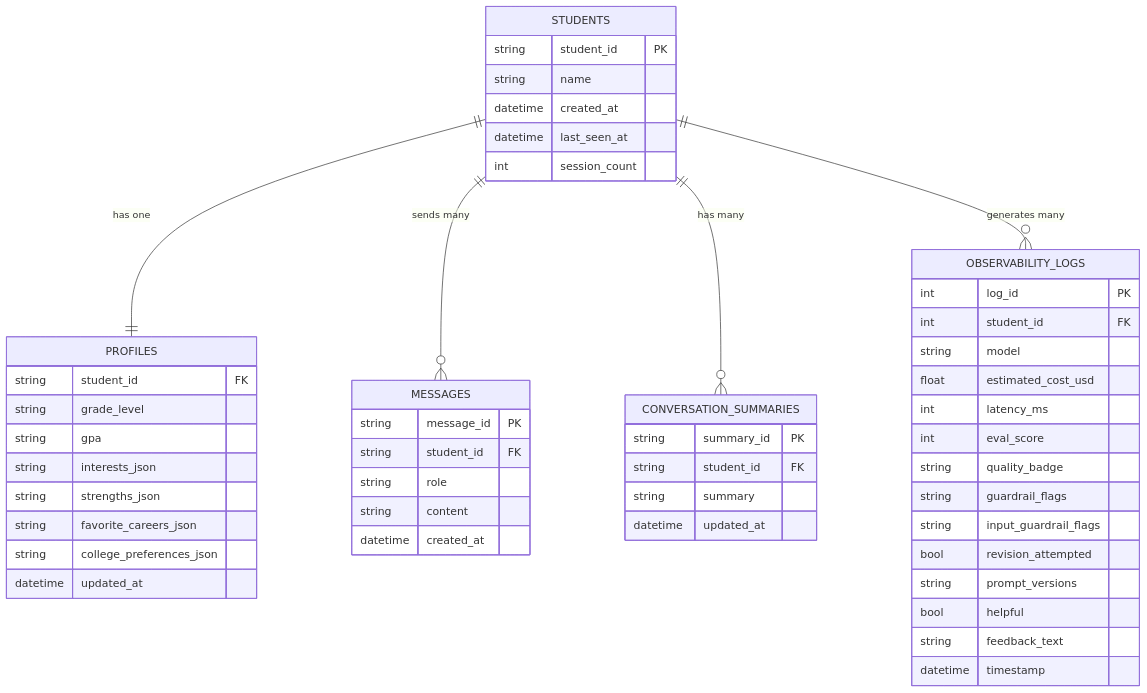
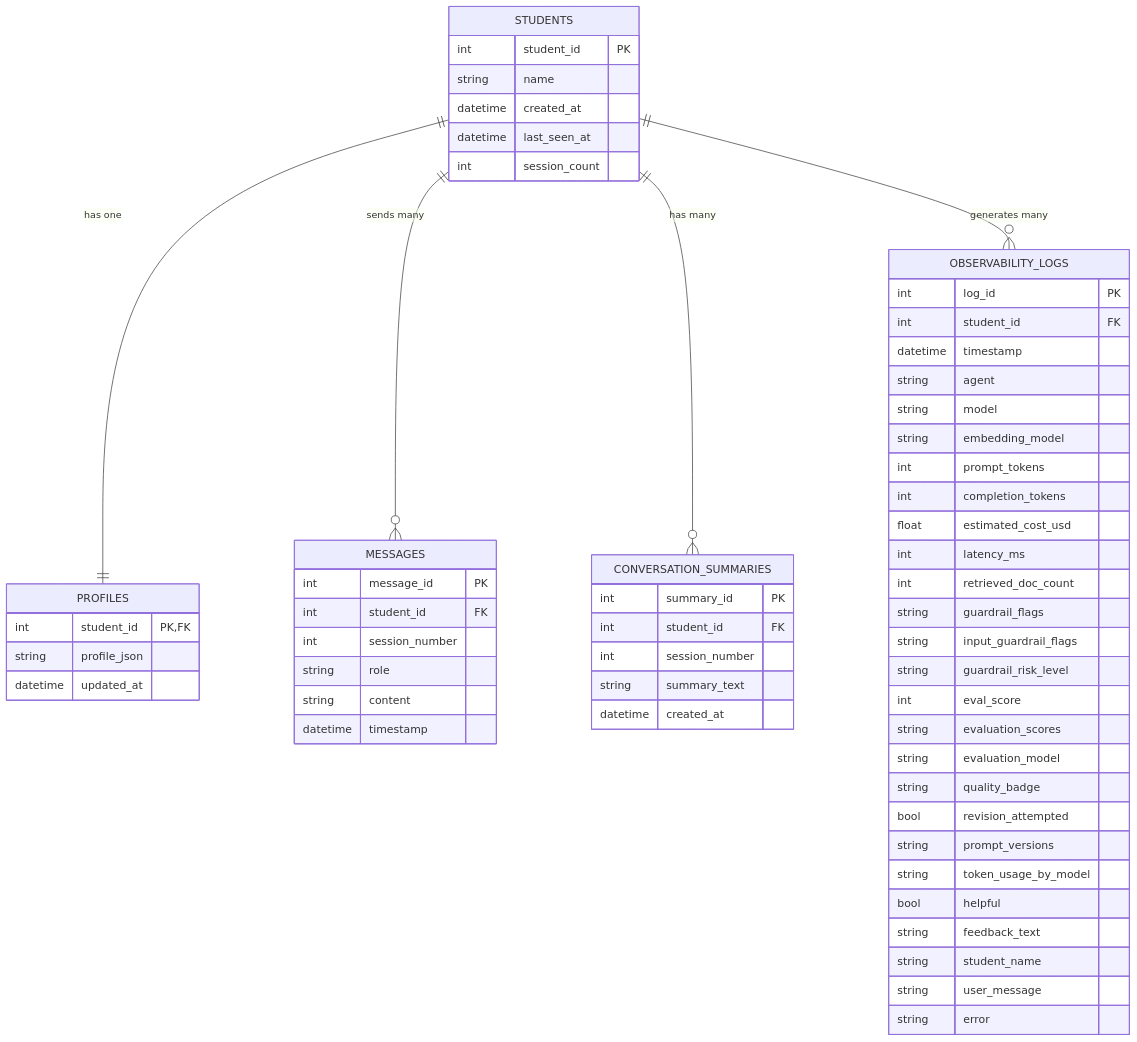
The fourth of 7 diagrams in docs/08_Diagrams.md (a-koder/pathfinder-ai), drawn with Mermaid before and after one commit. The commit also changed other lines of this file and 3 other files, not shown here.

First line of the commit message:
Fix stale documentation across diagrams, agent contracts, README, and architecture docs

````diff
--- a/docs/08_Diagrams.md
+++ b/docs/08_Diagrams.md
@@ -173,53 +181,62 @@
 ```mermaid
 erDiagram
     STUDENTS {
-        string student_id PK
+        int student_id PK
         string name
         datetime created_at
         datetime last_seen_at
         int session_count
     }
     PROFILES {
-        string student_id FK
-        string grade_level
-        string gpa
-        string interests_json
-        string strengths_json
-        string favorite_careers_json
-        string college_preferences_json
+        int student_id PK, FK
+        string profile_json
         datetime updated_at
     }
     MESSAGES {
-        string message_id PK
-        string student_id FK
+        int message_id PK
+        int student_id FK
+        int session_number
         string role
         string content
-        datetime created_at
+        datetime timestamp
     }
     CONVERSATION_SUMMARIES {
-        string summary_id PK
-        string student_id FK
-        string summary
-        datetime updated_at
+        int summary_id PK
+        int student_id FK
+        int session_number
+        string summary_text
+        datetime created_at
     }
     OBSERVABILITY_LOGS {
         int log_id PK
         int student_id FK
+        datetime timestamp
+        string agent
         string model
+        string embedding_model
+        int prompt_tokens
+        int completion_tokens
         float estimated_cost_usd
         int latency_ms
-        int eval_score
-        string quality_badge
+        int retrieved_doc_count
         string guardrail_flags
         string input_guardrail_flags
+        string guardrail_risk_level
+        int eval_score
+        string evaluation_scores
+        string evaluation_model
+        string quality_badge
         bool revision_attempted
         string prompt_versions
+        string token_usage_by_model
         bool helpful
         string feedback_text
-        datetime timestamp
+        string student_name
+        string user_message
+        string error
     }
     STUDENTS ||--|| PROFILES : "has one"
     STUDENTS ||--o{ MESSAGES : "sends many"
     STUDENTS ||--o{ CONVERSATION_SUMMARIES : "has many"
     STUDENTS ||--o{ OBSERVABILITY_LOGS : "generates many"
 ```
````
